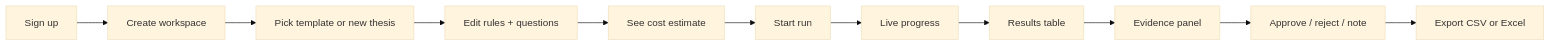
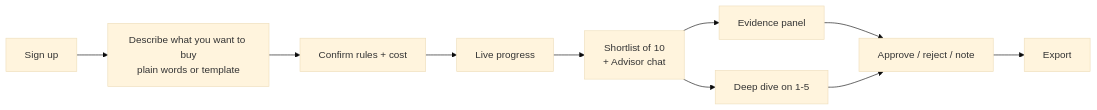
The diagram in docs/04-design/DESIGN.md (rishaankgupta/Sieveline), drawn with Mermaid (base theme) before and after one commit. The commit also changed other lines of this file and 12 other files, not shown here.

Commit message:
docs: shortlist + chat, Vercel/Neon, Tavily strategy, name Sieveline

````diff
--- a/docs/04-design/DESIGN.md
+++ b/docs/04-design/DESIGN.md
@@ -14,13 +14,11 @@
 ```mermaid
 flowchart LR
-  A[Sign up] --> B[Create workspace]
-  B --> C[Pick template or new thesis]
-  C --> D[Edit rules + questions]
-  D --> E[See cost estimate]
-  E --> F[Start run]
-  F --> G[Live progress]
-  G --> H[Results table]
-  H --> I[Evidence panel]
-  I --> J[Approve / reject / note]
-  J --> K[Export CSV or Excel]
+  A[Sign up] --> B[Describe what you want to buy<br/>plain words or template]
+  B --> C[Confirm rules + cost]
+  C --> D[Live progress]
+  D --> E[Shortlist of 10<br/>+ Advisor chat]
+  E --> F[Evidence panel]
+  E --> G[Deep dive on 1-5]
+  F & G --> H[Approve / reject / note]
+  H --> I[Export]
 ```
````
